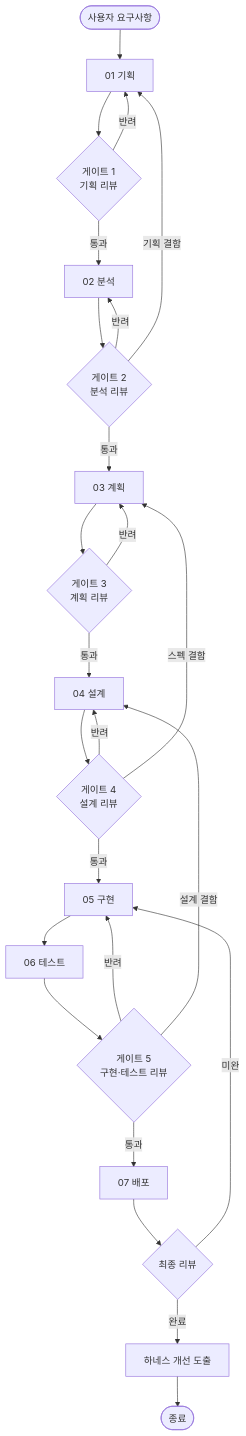
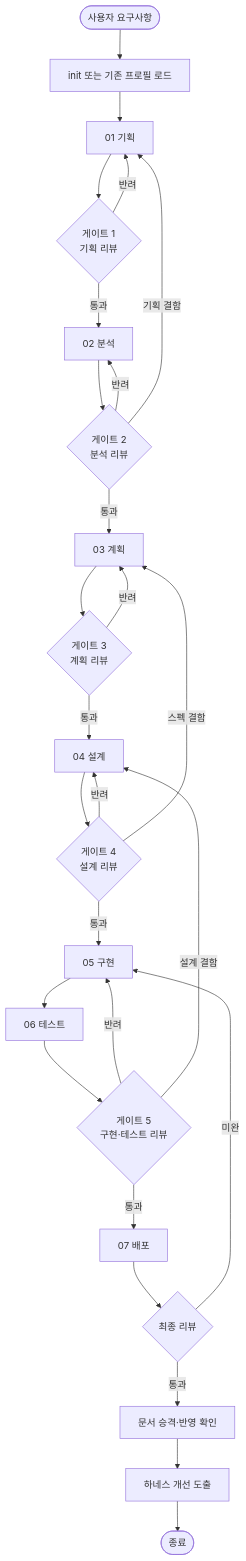
Before and after one commit to ysjee141/ai-marketplace: the diagram in plugins/harness-sdlc/harness/pipeline.md, drawn with Mermaid. The commit also changed other lines of this file and 62 other files, not shown here.

````diff
--- a/plugins/harness-sdlc/harness/pipeline.md
+++ b/plugins/harness-sdlc/harness/pipeline.md
@@ -19,27 +23,29 @@
 ```mermaid
 flowchart TD
-    S([사용자 요구사항]) --> P1[01 기획]
+    S([사용자 요구사항]) --> I[init 또는 기존 프로필 로드]
+    I --> P1[01 기획]
     P1 --> G1{게이트 1<br/>기획 리뷰}
     G1 -->|반려| P1
     G1 -->|통과| P2[02 분석]
     P2 --> G2{게이트 2<br/>분석 리뷰}
     G2 -->|반려| P2
     G2 -->|기획 결함| P1
     G2 -->|통과| P3[03 계획]
     P3 --> G3{게이트 3<br/>계획 리뷰}
     G3 -->|반려| P3
     G3 -->|통과| P4[04 설계]
     P4 --> G4{게이트 4<br/>설계 리뷰}
     G4 -->|반려| P4
     G4 -->|스펙 결함| P3
     G4 -->|통과| P5[05 구현]
     P5 --> P6[06 테스트]
     P6 --> G5{게이트 5<br/>구현·테스트 리뷰}
     G5 -->|반려| P5
     G5 -->|설계 결함| P4
     G5 -->|통과| P7[07 배포]
     P7 --> G6{최종 리뷰}
     G6 -->|미완| P5
-    G6 -->|완료| H[하네스 개선 도출]
+    G6 -->|통과| PR[문서 승격·반영 확인]
+    PR --> H[하네스 개선 도출]
     H --> E([종료])
 ```
````
